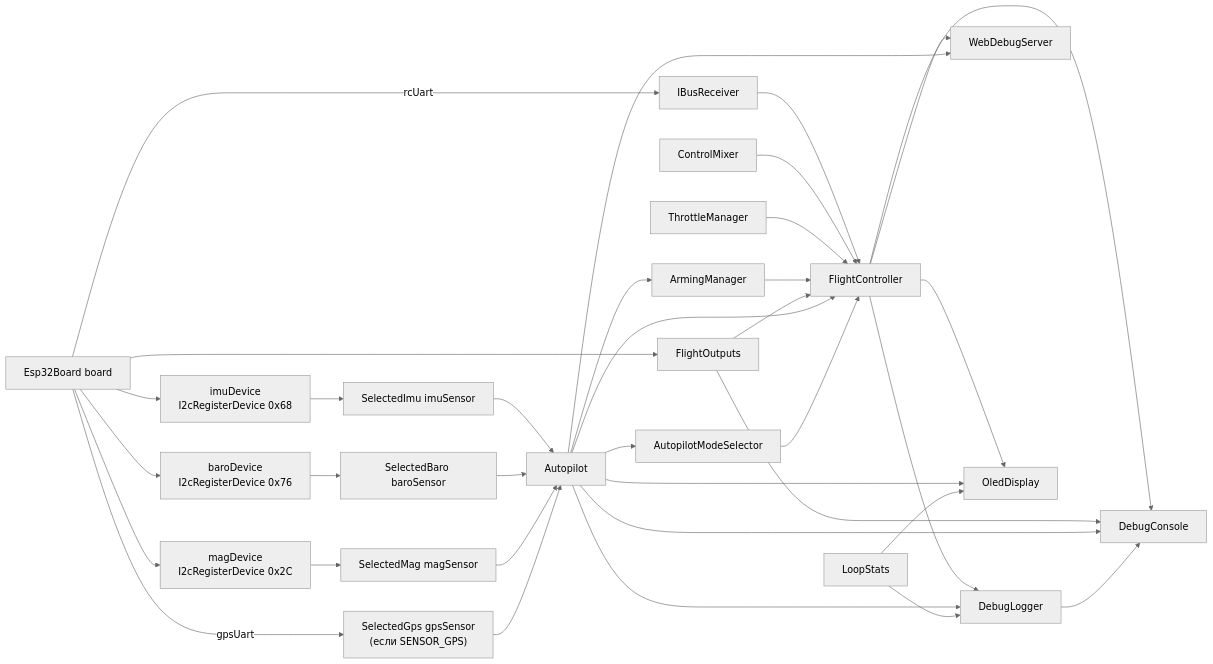
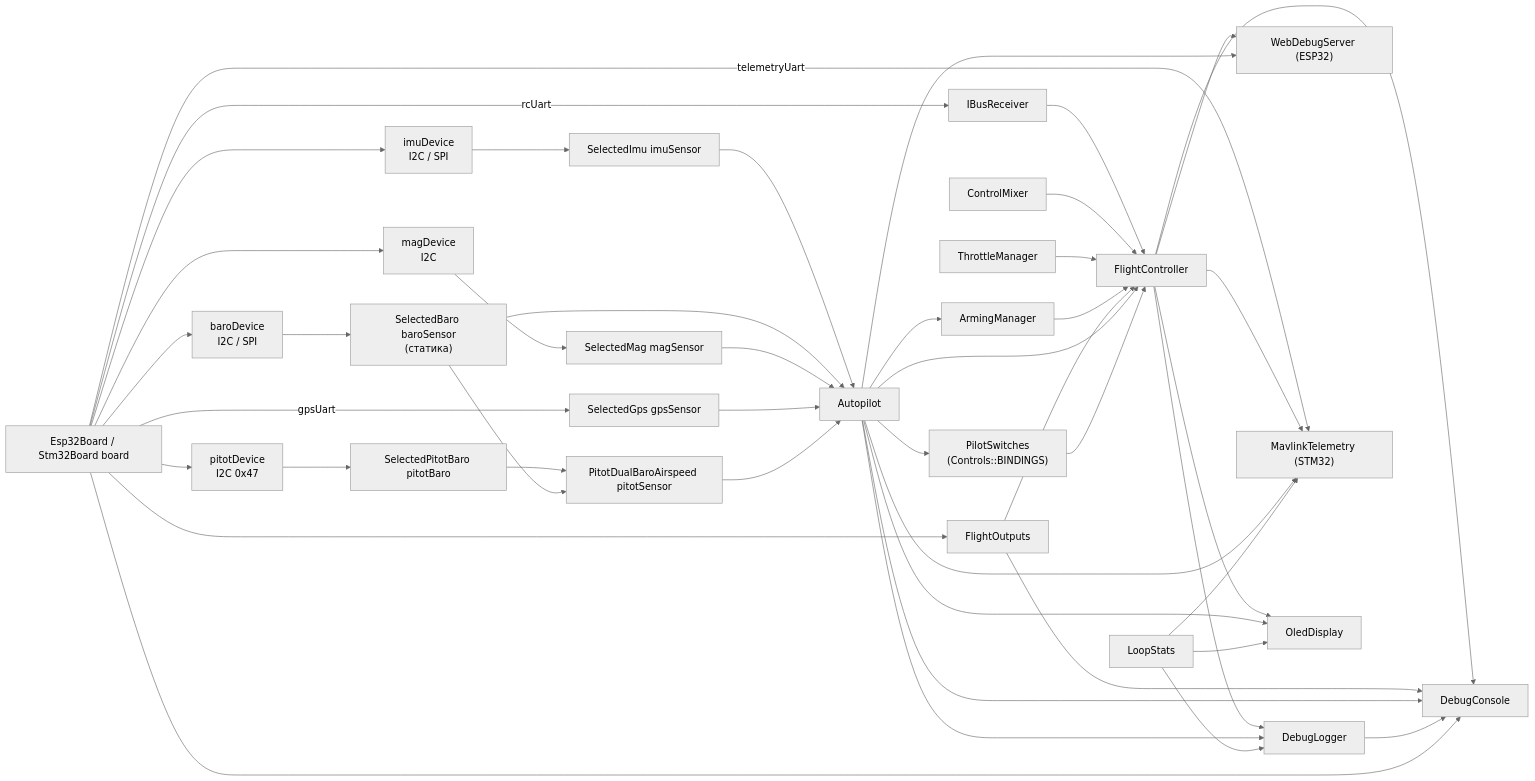
The second of 10 diagrams in docs/ARCHITECTURE.md (damir-lebedev/OpenPlaneProject), drawn with Mermaid (neutral theme) before and after one commit. The commit also changed other lines of this file and 60 other files, not shown here.

````diff
--- a/docs/ARCHITECTURE.md
+++ b/docs/ARCHITECTURE.md
@@ -129,40 +139,48 @@
 ```mermaid
 flowchart LR
-    board["Esp32Board board"]
-    imuDev["imuDevice<br/>I2cRegisterDevice 0x68"]
-    baroDev["baroDevice<br/>I2cRegisterDevice 0x76"]
-    magDev["magDevice<br/>I2cRegisterDevice 0x2C"]
+    board["Esp32Board / Stm32Board board"]
+    imuDev["imuDevice<br/>I2C / SPI"]
+    baroDev["baroDevice<br/>I2C / SPI"]
+    magDev["magDevice<br/>I2C"]
+    pitotDev["pitotDevice<br/>I2C 0x47"]
     imu["SelectedImu imuSensor"]
-    baro["SelectedBaro baroSensor"]
+    baro["SelectedBaro baroSensor<br/>(статика)"]
     mag["SelectedMag magSensor"]
-    gps["SelectedGps gpsSensor<br/>(если SENSOR_GPS)"]
+    gps["SelectedGps gpsSensor"]
+    pitotBaro["SelectedPitotBaro pitotBaro"]
+    pitot["PitotDualBaroAirspeed pitotSensor"]
     rx["IBusReceiver"]
     mixer["ControlMixer"]
     thr["ThrottleManager"]
     outs["FlightOutputs"]
     ap["Autopilot"]
-    sel["AutopilotModeSelector"]
+    sw["PilotSwitches<br/>(Controls::BINDINGS)"]
     arm["ArmingManager"]
     fc["FlightController"]
     stats["LoopStats"]
     log["DebugLogger"]
     con["DebugConsole"]
-    web["WebDebugServer"]
+    web["WebDebugServer (ESP32)"]
+    mav["MavlinkTelemetry (STM32)"]
     oled["OledDisplay"]
 
-    board --> imuDev & baroDev & magDev
+    board --> imuDev & baroDev & magDev & pitotDev
     imuDev --> imu
     baroDev --> baro
     magDev --> mag
+    pitotDev --> pitotBaro
+    pitotBaro & baro --> pitot
     board -- gpsUart --> gps
     board -- rcUart --> rx
+    board -- telemetryUart --> mav
     board --> outs
-    imu & baro & mag & gps --> ap
-    ap --> sel
+    imu & baro & mag & gps & pitot --> ap
+    ap --> sw
     ap --> arm
-    rx & mixer & thr & arm & outs & ap & sel --> fc
+    rx & mixer & thr & arm & outs & ap & sw --> fc
     fc & ap & stats --> log
-    fc & outs & ap & log --> con
+    fc & outs & ap & log & board --> con
     fc & ap --> web
+    fc & ap & stats --> mav
     fc & ap & stats --> oled
 ```
````
